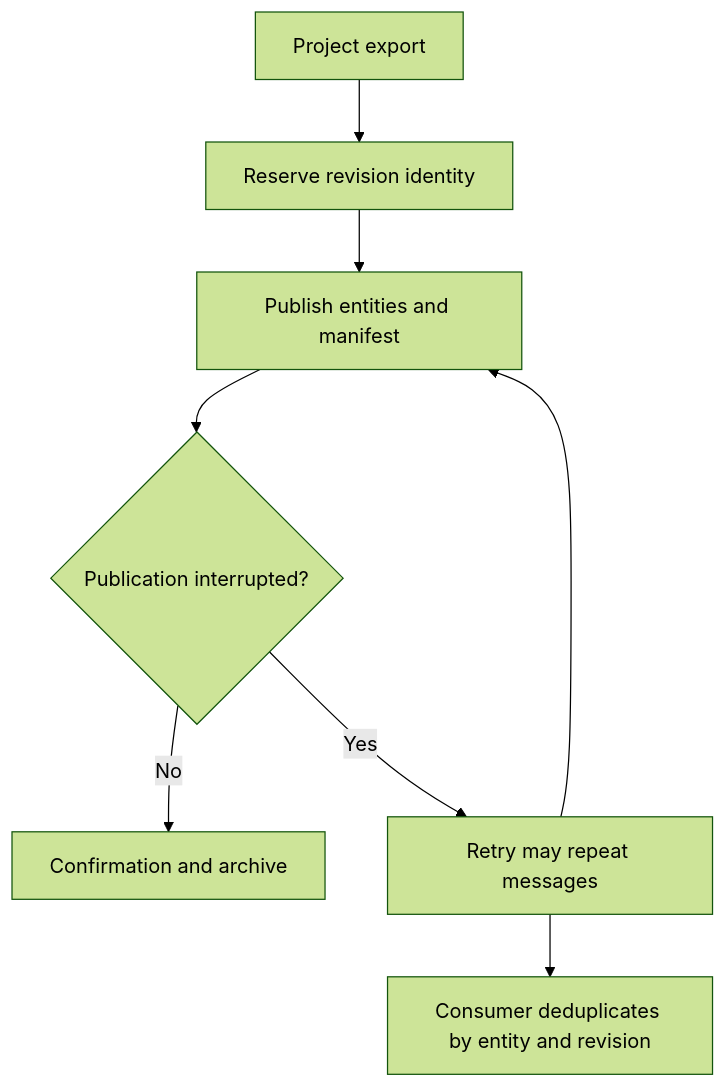
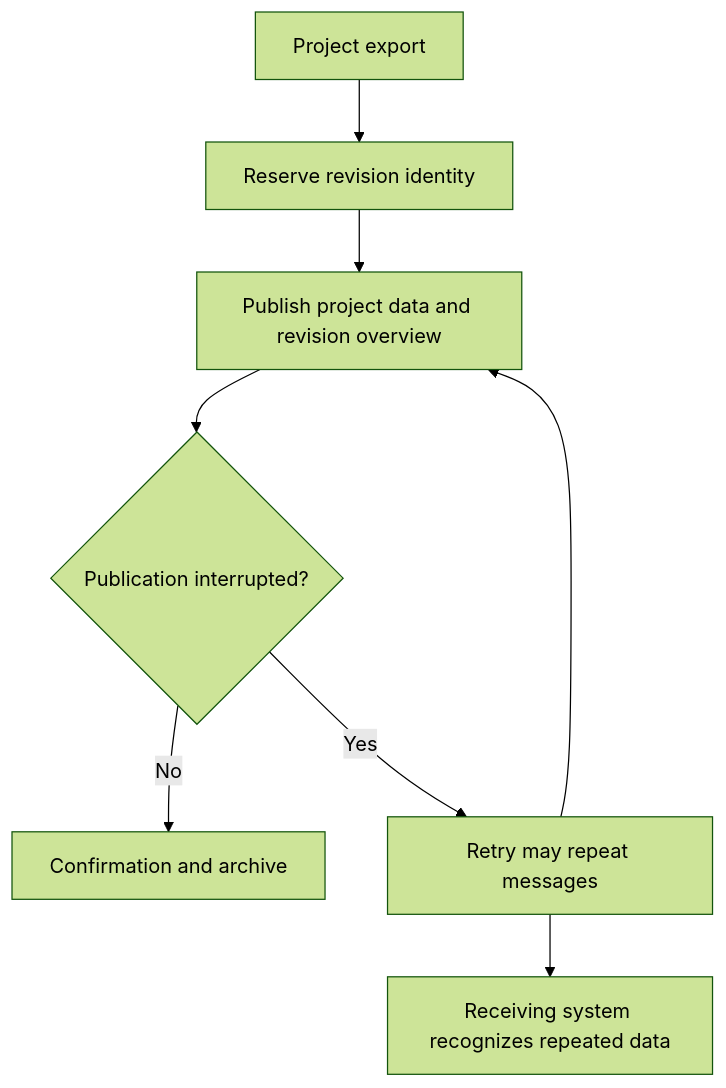
Before and after one commit to SheetMetalConnect/smc-mintlify: the second of 2 diagrams in qf2uns/workflow.mdx, drawn with Mermaid (forest theme). The commit also changed other lines of this file, not shown here.

Commit message:
docs: clarify QF2UNS feedback and retries

````diff
--- a/qf2uns/workflow.mdx
+++ b/qf2uns/workflow.mdx
@@ -29,10 +29,10 @@
 ```mermaid
 flowchart TB
   A["Project export"] --> B["Reserve revision identity"]
-  B --> C["Publish entities and manifest"]
+  B --> C["Publish project data and revision overview"]
   C --> D{"Publication interrupted?"}
   D -->|"No"| E["Confirmation and archive"]
   D -->|"Yes"| F["Retry may repeat messages"]
-  F --> G["Consumer deduplicates by entity and revision"]
+  F --> G["Receiving system recognizes repeated data"]
   F --> C
 ```
````
